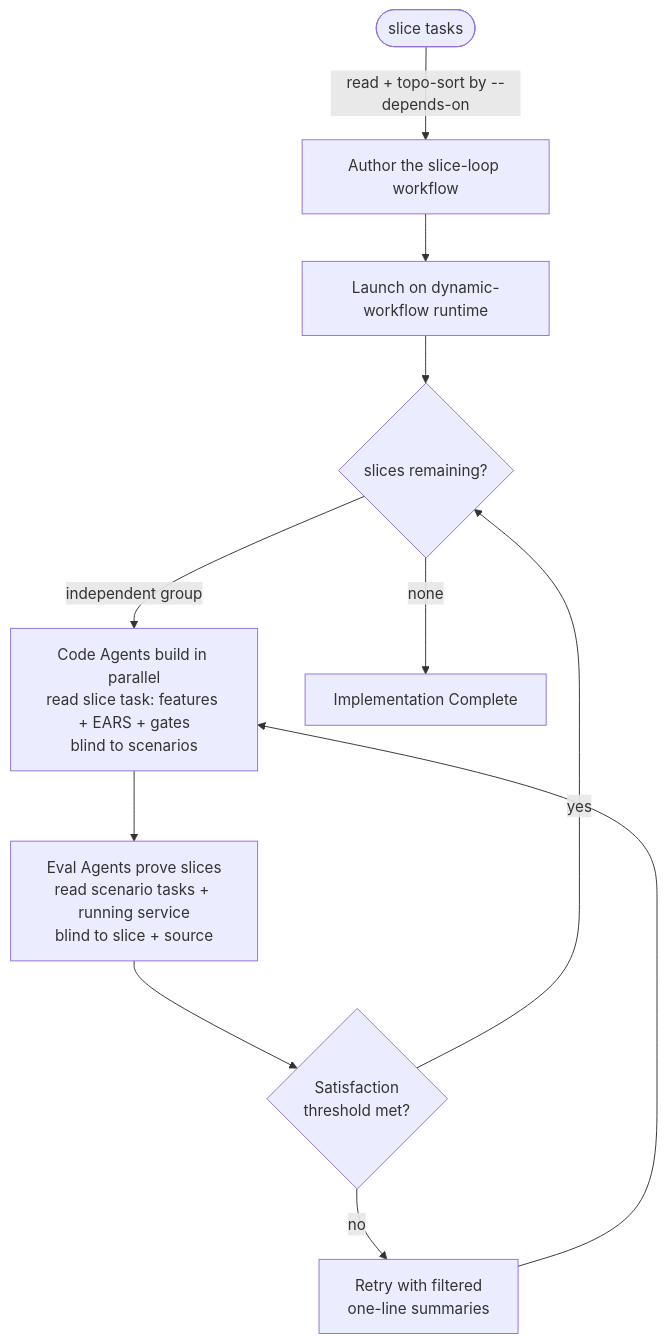
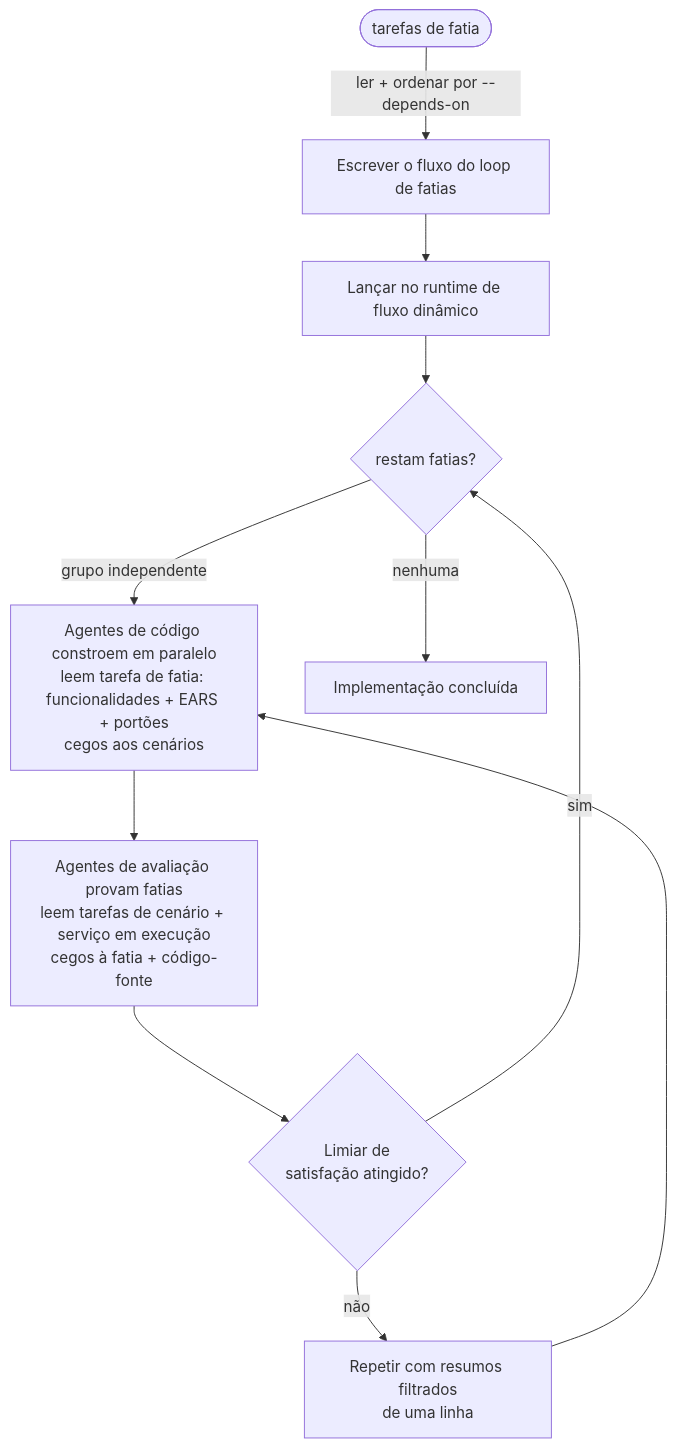
One commit to claude-code-mods/claude-code-mods-pt-br changed the second of 10 diagrams in mods/start/README.md. Above: the diagram before and after it, drawn with Mermaid. The commit also changed other lines of this file and 21 other files, not shown here.

````diff
--- a/mods/start/README.md
+++ b/mods/start/README.md
@@ -121,13 +121,13 @@
 ```mermaid
 flowchart TD
-    A([slice tasks]) --> |read + topo-sort by --depends-on| B[Author the slice-loop workflow]
-    B --> C[Launch on dynamic-workflow runtime]
-    C --> D{slices remaining?}
-    D --> |independent group| E[Code Agents build in parallel<br/>read slice task: features + EARS + gates<br/>blind to scenarios]
-    E --> F[Eval Agents prove slices<br/>read scenario tasks + running service<br/>blind to slice + source]
-    F --> G{Satisfaction<br>threshold met?}
-    G --> |no| H[Retry with filtered<br/>one-line summaries]
+    A([tarefas de fatia]) --> |ler + ordenar por --depends-on| B[Escrever o fluxo do loop de fatias]
+    B --> C[Lançar no runtime de fluxo dinâmico]
+    C --> D{restam fatias?}
+    D --> |grupo independente| E[Agentes de código constroem em paralelo<br/>leem tarefa de fatia: funcionalidades + EARS + portões<br/>cegos aos cenários]
+    E --> F[Agentes de avaliação provam fatias<br/>leem tarefas de cenário + serviço em execução<br/>cegos à fatia + código-fonte]
+    F --> G{Limiar de<br>satisfação atingido?}
+    G --> |não| H[Repetir com resumos filtrados<br/>de uma linha]
     H --> E
-    G --> |yes| D
-    D --> |none| END[Implementation Complete]
+    G --> |sim| D
+    D --> |nenhuma| END[Implementação concluída]
 ```
````
